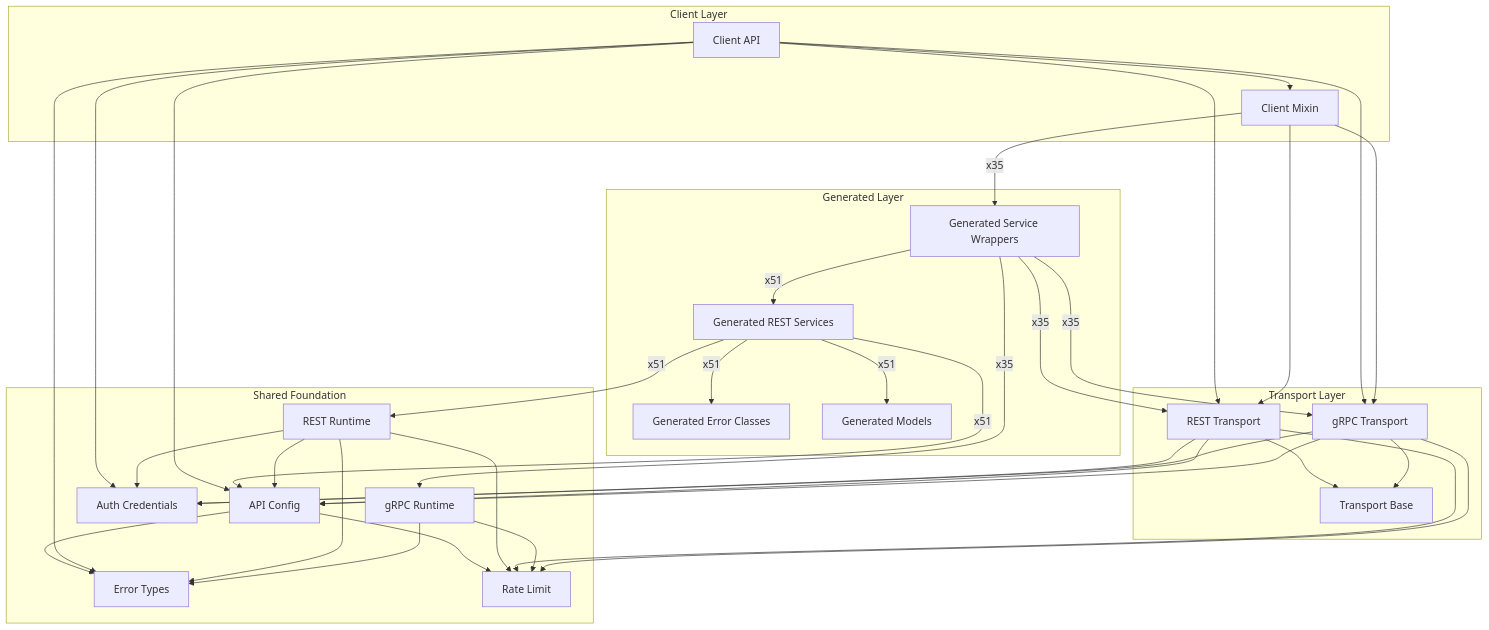
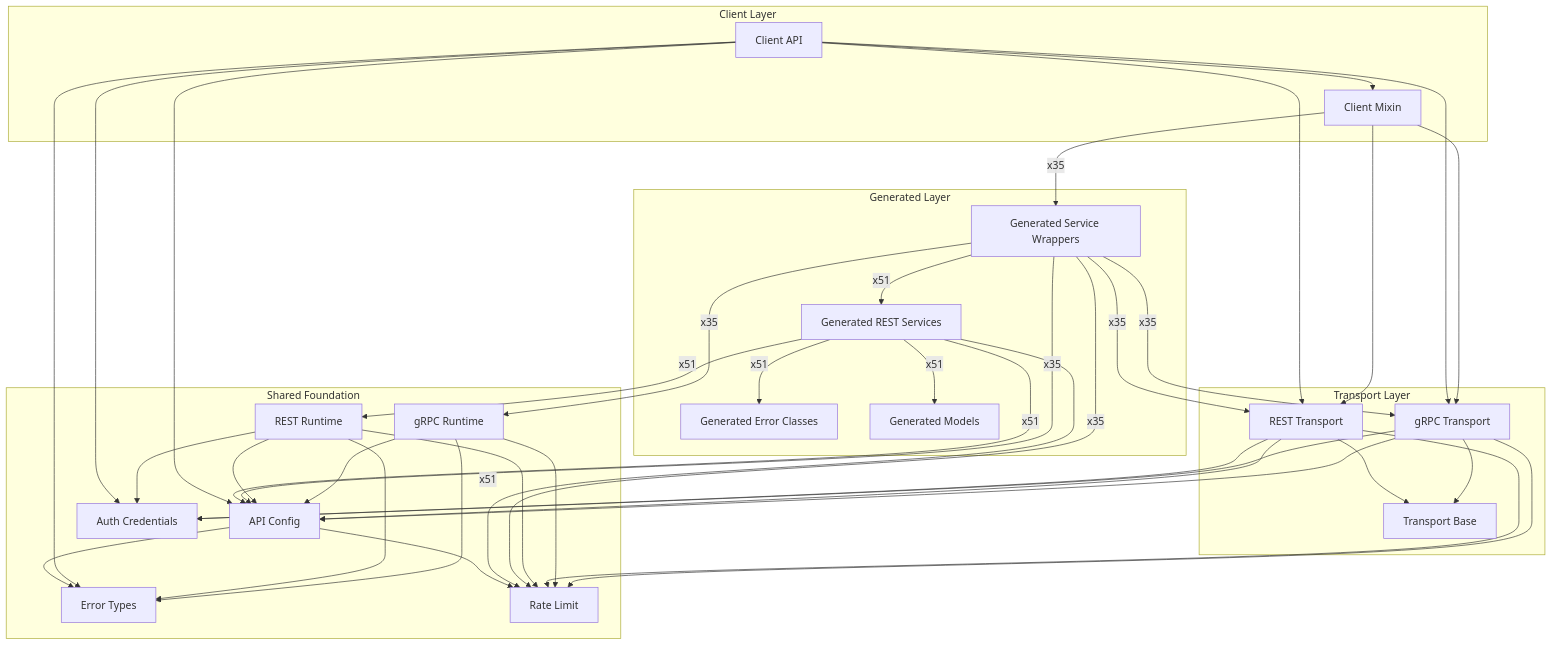
One commit to alexdearaujo/community_sdk_python changed the diagram in docs/sphinx/sdk_runtime_architecture.md. Above: the diagram before and after it, drawn with Mermaid. The commit also changed 87 other files, not shown here.

````diff
--- a/docs/sphinx/sdk_runtime_architecture.md
+++ b/docs/sphinx/sdk_runtime_architecture.md
@@ -22,60 +22,64 @@
 ```mermaid
 flowchart TB
     subgraph client["Client Layer"]
         Client_API["Client API"]
         Client_Mixin["Client Mixin"]
     end
     subgraph generated["Generated Layer"]
         Generated_Error_Classes["Generated Error Classes"]
         Generated_Models["Generated Models"]
         Generated_REST_Services["Generated REST Services"]
         Generated_Service_Wrappers["Generated Service Wrappers"]
     end
     subgraph transport["Transport Layer"]
         REST_Transport["REST Transport"]
         Transport_Base["Transport Base"]
         gRPC_Transport["gRPC Transport"]
     end
     subgraph foundation["Shared Foundation"]
         API_Config["API Config"]
         Auth_Credentials["Auth Credentials"]
         Error_Types["Error Types"]
         REST_Runtime["REST Runtime"]
         Rate_Limit["Rate Limit"]
         gRPC_Runtime["gRPC Runtime"]
     end
 
     API_Config --> Error_Types
     API_Config --> Rate_Limit
     Client_API --> API_Config
     Client_API --> Auth_Credentials
     Client_API --> Client_Mixin
     Client_API --> Error_Types
     Client_API --> REST_Transport
     Client_API --> gRPC_Transport
     Client_Mixin -->|"x35"| Generated_Service_Wrappers
     Client_Mixin --> REST_Transport
     Client_Mixin --> gRPC_Transport
     Generated_REST_Services -->|"x51"| API_Config
     Generated_REST_Services -->|"x51"| Generated_Error_Classes
     Generated_REST_Services -->|"x51"| Generated_Models
     Generated_REST_Services -->|"x51"| REST_Runtime
+    Generated_REST_Services -->|"x51"| Rate_Limit
+    Generated_Service_Wrappers -->|"x35"| API_Config
     Generated_Service_Wrappers -->|"x51"| Generated_REST_Services
     Generated_Service_Wrappers -->|"x35"| REST_Transport
+    Generated_Service_Wrappers -->|"x35"| Rate_Limit
     Generated_Service_Wrappers -->|"x35"| gRPC_Runtime
     Generated_Service_Wrappers -->|"x35"| gRPC_Transport
     REST_Runtime --> API_Config
     REST_Runtime --> Auth_Credentials
     REST_Runtime --> Error_Types
     REST_Runtime --> Rate_Limit
     REST_Transport --> API_Config
     REST_Transport --> Auth_Credentials
     REST_Transport --> Rate_Limit
     REST_Transport --> Transport_Base
+    gRPC_Runtime --> API_Config
     gRPC_Runtime --> Error_Types
     gRPC_Runtime --> Rate_Limit
     gRPC_Transport --> API_Config
     gRPC_Transport --> Auth_Credentials
     gRPC_Transport --> Rate_Limit
     gRPC_Transport --> Transport_Base
 ```
````
